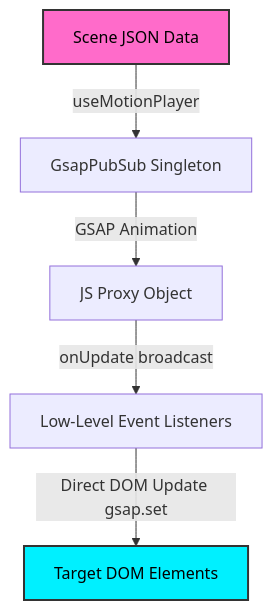
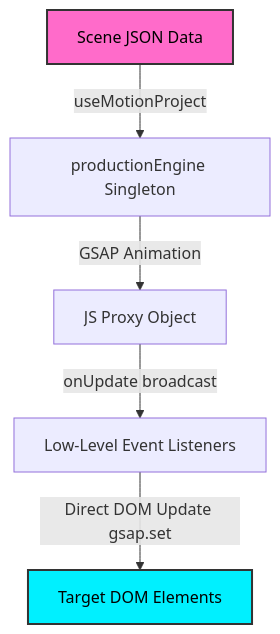
One commit to chahyasantoso/motionpath changed the diagram in README.md. Above: the diagram before and after it, drawn with Mermaid. The commit also changed other lines of this file and 38 other files, not shown here.

Commit message:
impl: implement Session 3 Locked Decisions, simplify compose signature, enforce stop counts, and update documentation/schemas

````diff
--- a/README.md
+++ b/README.md
@@ -41,9 +45,9 @@
 ```mermaid
 graph TD
-    JSON[Scene JSON Data] -->|useMotionPlayer| Engine[GsapPubSub Singleton]
+    JSON[Scene JSON Data] -->|useMotionProject| Engine[productionEngine Singleton]
     Engine -->|GSAP Animation| ProxyObj[JS Proxy Object]
     ProxyObj -->|onUpdate broadcast| Subscribers[Low-Level Event Listeners]
     Subscribers -->|Direct DOM Update gsap.set| DOM[Target DOM Elements]
     style DOM fill:#00f0ff,stroke:#333,stroke-width:2px,color:#000
     style JSON fill:#ff6bca,stroke:#333,stroke-width:2px,color:#000
 ```
````
